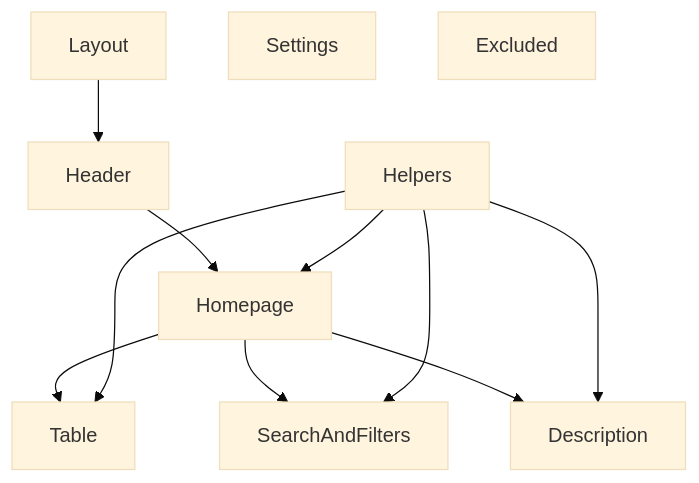
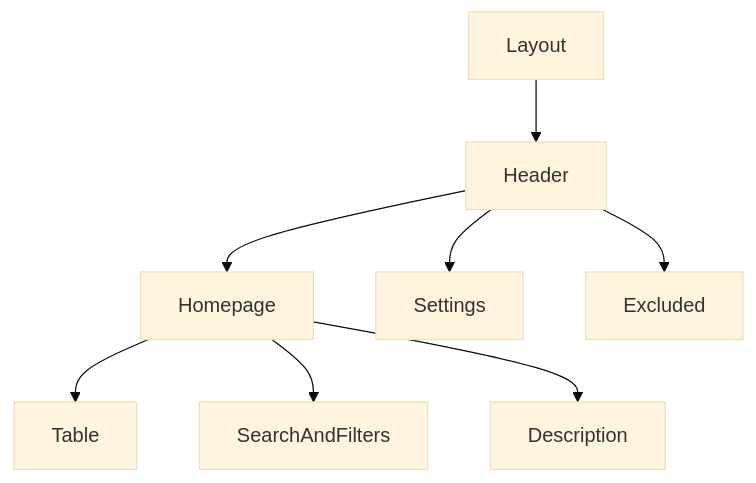
One commit to Vellethe/LIA changed the first of 2 diagrams in README.md. Above: the diagram before and after it, drawn with Mermaid (base theme).

Commit message:
react component overview

````diff
--- a/README.md
+++ b/README.md
@@ -38,24 +38,17 @@
 ```mermaid
 flowchart TD;
 
-A[Homepage]
-B[Table]
-C[SearchAndFilters]
-D[Description]
-E[Helpers]
-F[Header]
-G[Layout]
-M[Settings]
-N[Excluded]
+Home[Homepage]
+Table[Table]
+Search[SearchAndFilters]
+Desc[Description]
+Head[Header]
+Layout[Layout]
+Settings[Settings]
+Excluded[Excluded]
 
 
-G --> F
-F --> A
-A --> B
-A --> C
-A --> D
-E --> A
-E --> B
-E --> C
-E --> D
+Layout --> Head
+Head --> Home  & Settings & Excluded
+Home --> Table & Search & Desc
 ```
````
